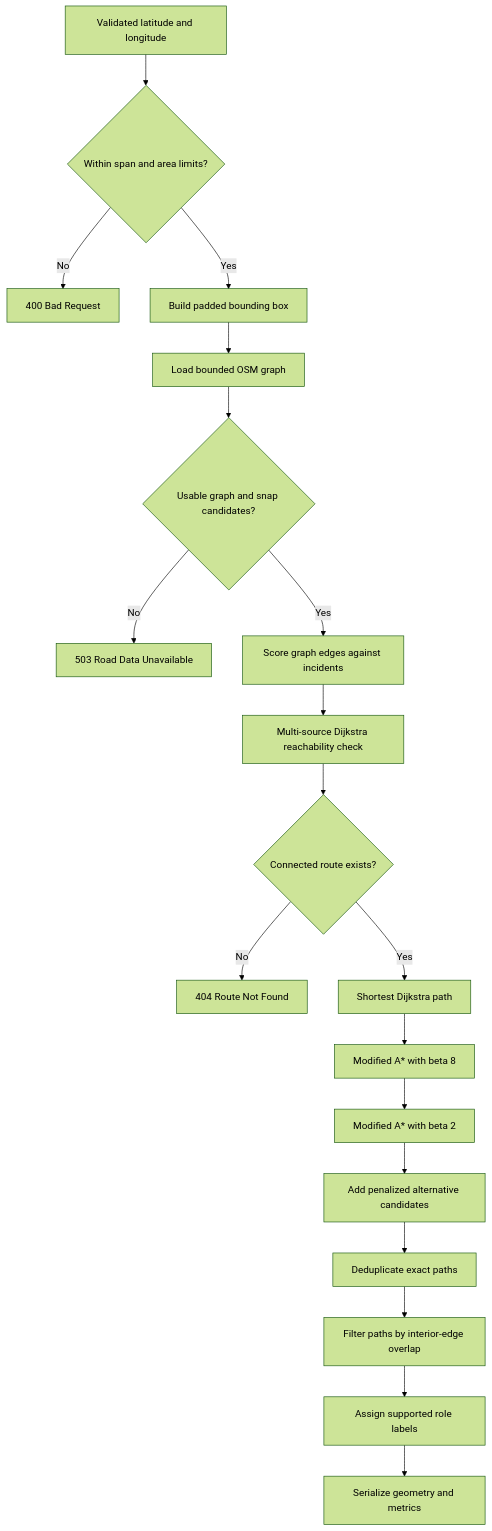
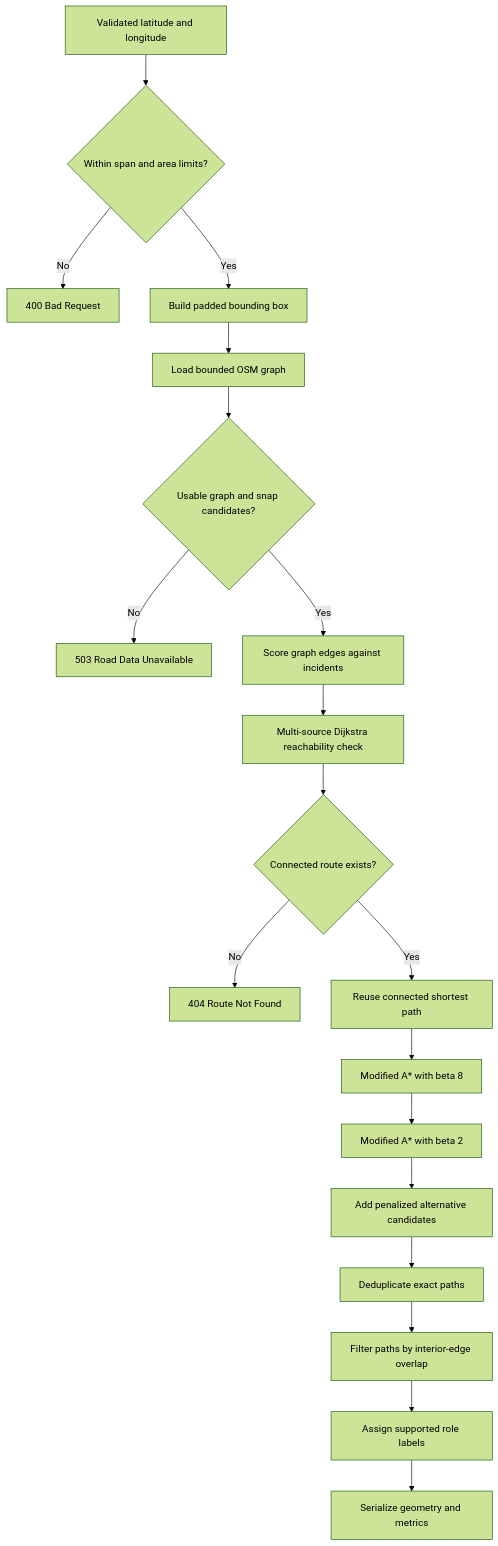
Before and after one commit to K2K22K2K22/SafePath: the second of 6 diagrams in docs/ARCHITECTURE.md, drawn with Mermaid (forest theme). The commit also changed other lines of this file and 6 other files, not shown here.

````diff
--- a/docs/ARCHITECTURE.md
+++ b/docs/ARCHITECTURE.md
@@ -58,21 +58,21 @@
 ```mermaid
 flowchart TD
     A[Validated latitude and longitude] --> B{Within span and area limits?}
     B -->|No| E[400 Bad Request]
     B -->|Yes| C[Build padded bounding box]
     C --> D[Load bounded OSM graph]
     D --> E2{Usable graph and snap candidates?}
     E2 -->|No| E3[503 Road Data Unavailable]
     E2 -->|Yes| F[Score graph edges against incidents]
     F --> G[Multi-source Dijkstra reachability check]
     G --> H{Connected route exists?}
     H -->|No| E4[404 Route Not Found]
-    H -->|Yes| I[Shortest Dijkstra path]
+    H -->|Yes| I[Reuse connected shortest path]
     I --> J[Modified A* with beta 8]
     J --> K[Modified A* with beta 2]
     K --> L[Add penalized alternative candidates]
     L --> M[Deduplicate exact paths]
     M --> N[Filter paths by interior-edge overlap]
     N --> O[Assign supported role labels]
     O --> P[Serialize geometry and metrics]
 ```
````
